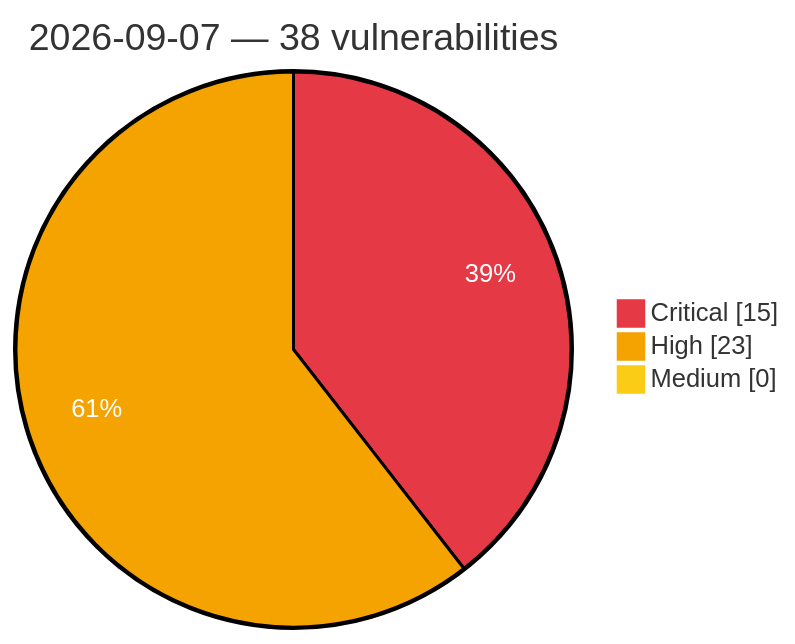
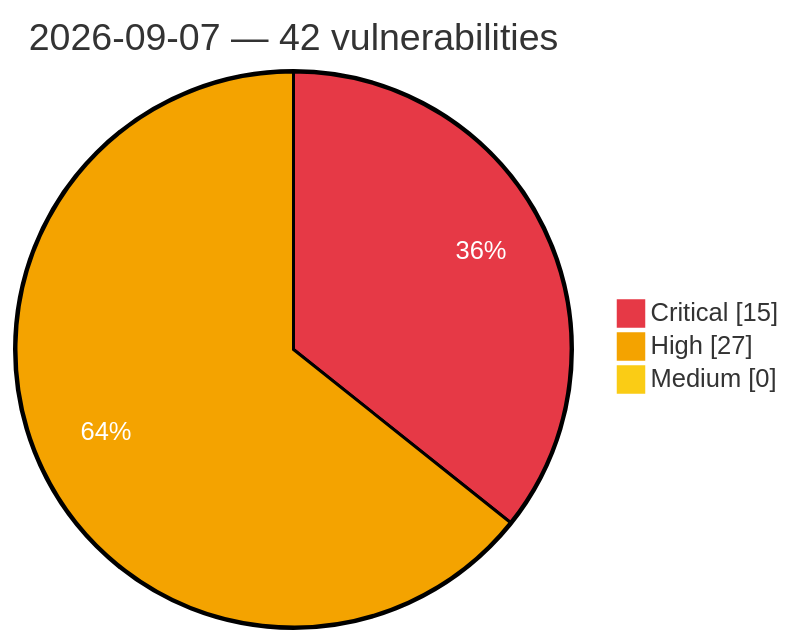
One commit to GhostX0X/vuln-tracker changed the diagram in vulnerabilities/2026/September/2026-09-07.md. Above: the diagram before and after it, drawn with Mermaid. The commit also changed other lines of this file and 5 other files, not shown here.

````diff
--- a/vulnerabilities/2026/September/2026-09-07.md
+++ b/vulnerabilities/2026/September/2026-09-07.md
@@ -3,8 +3,8 @@
 ```mermaid
 %%{init: {'theme':'base', 'themeVariables': {'pie1':'#e63946', 'pie2':'#f4a300', 'pie3':'#facc15', 'pieOpacity':'1', 'pieOuterStrokeWidth':'2px', 'pieSectionTextColor':'#ffffff'}}}%%
 pie showData
-    title 2026-09-07 — 38 vulnerabilities
+    title 2026-09-07 — 42 vulnerabilities
     "Critical" : 15
-    "High" : 23
+    "High" : 27
     "Medium" : 0
 ```
````
